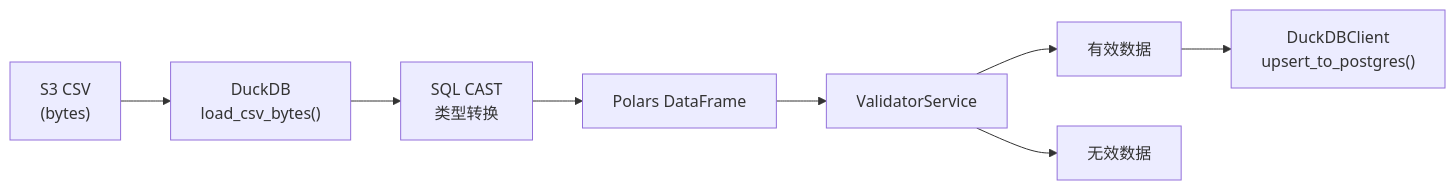
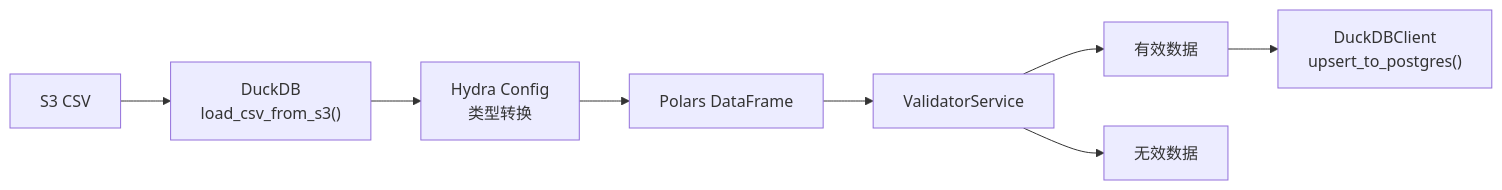
Before and after one commit to zhj0513/small_etl: the eighth of 8 diagrams in doc/architecture.md, drawn with Mermaid. The commit also changed other lines of this file and 3 other files, not shown here.

````diff
--- a/doc/architecture.md
+++ b/doc/architecture.md
@@ -1064,10 +1073,10 @@
 ```mermaid
 flowchart LR
-    CSV["S3 CSV<br/>(bytes)"] --> DuckDB["DuckDB<br/>load_csv_bytes()"]
-    DuckDB --> SQL["SQL CAST<br/>类型转换"]
-    SQL --> Polars["Polars DataFrame"]
+    S3["S3 CSV"] --> DuckDB["DuckDB<br/>load_csv_from_s3()"]
+    DuckDB --> Transform["Hydra Config<br/>类型转换"]
+    Transform --> Polars["Polars DataFrame"]
     Polars --> Validate["ValidatorService"]
     Validate --> Valid["有效数据"]
     Validate --> Invalid["无效数据"]
     Valid --> UPSERT["DuckDBClient<br/>upsert_to_postgres()"]
 ```
````
